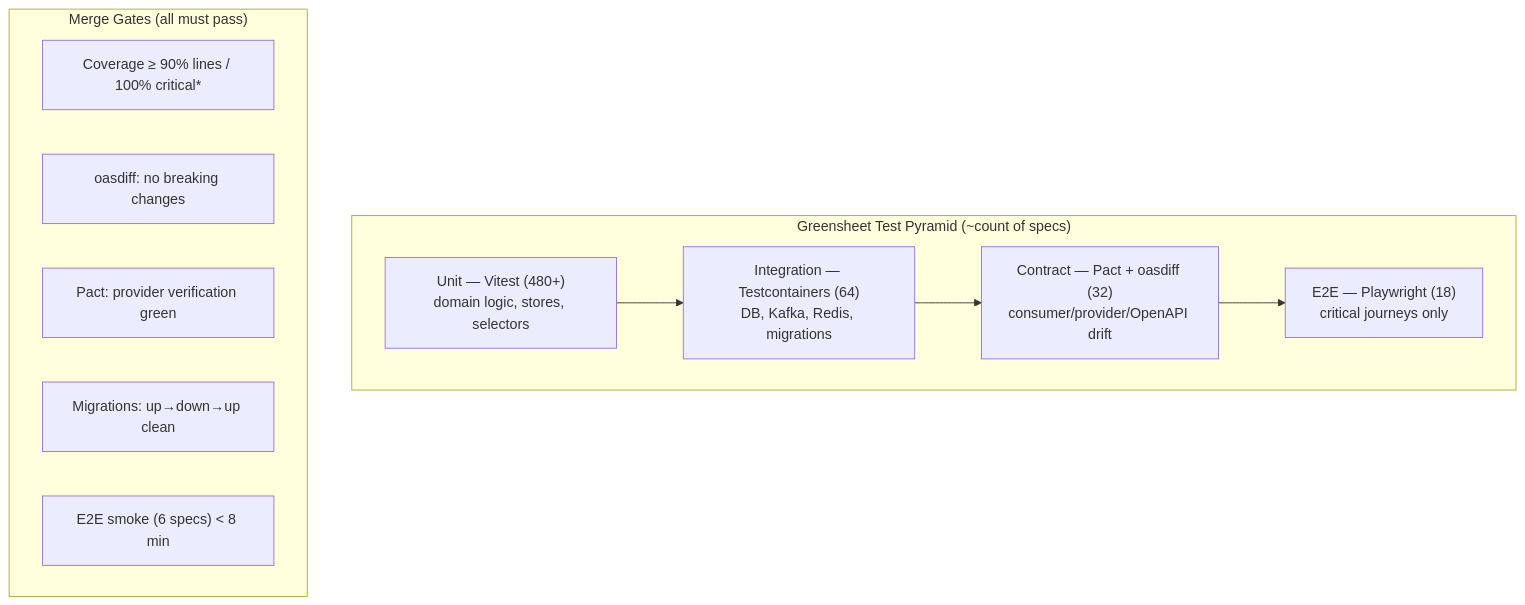
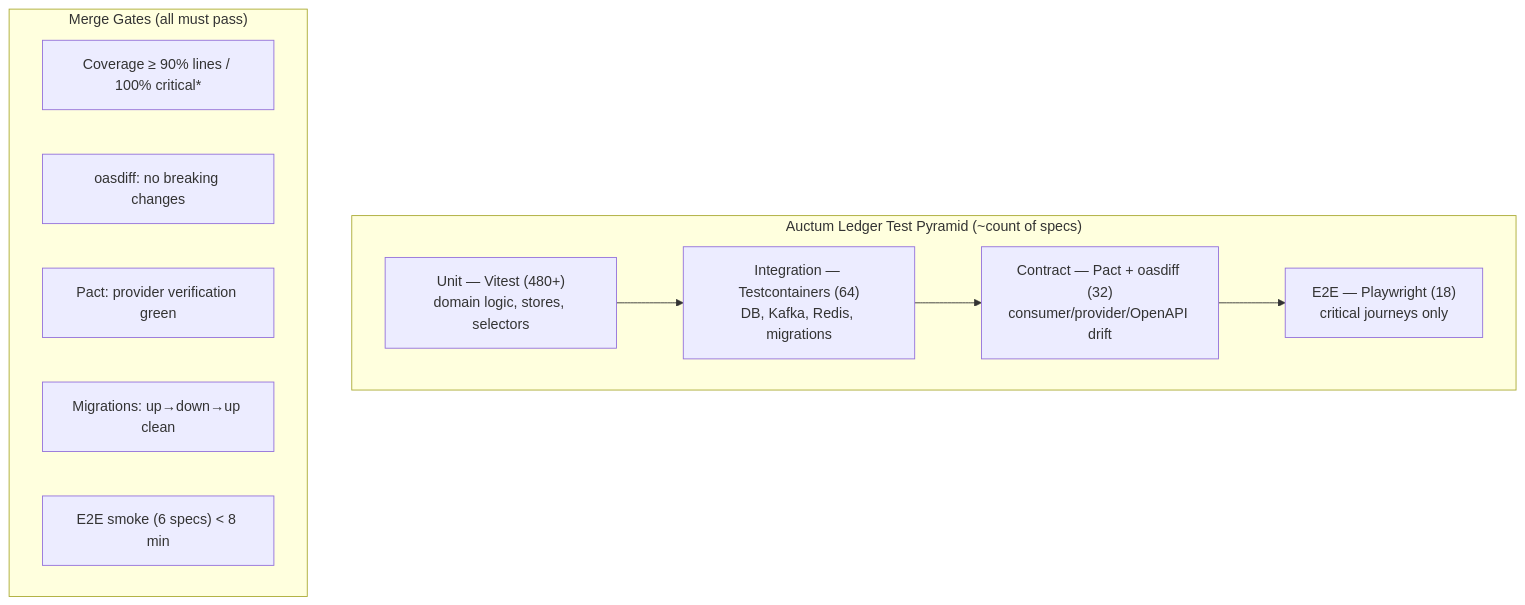
Before and after one commit to marcusdax/greensheet: the diagram in engineering/06-testing-chaos-ci.md, drawn with Mermaid. The commit also changed other lines of this file, not shown here.

Commit message:
rebrand: Auctum Ledger — testing/chaos/CI (engineering/06)

````diff
--- a/engineering/06-testing-chaos-ci.md
+++ b/engineering/06-testing-chaos-ci.md
@@ -10,18 +10,18 @@
 ```mermaid
 flowchart TB
-    subgraph Pyramid["Greensheet Test Pyramid (~count of specs)"]
+    subgraph Pyramid["Auctum Ledger Test Pyramid (~count of specs)"]
         E2E["E2E — Playwright (18)<br/>critical journeys only"]
         CT["Contract — Pact + oasdiff (32)<br/>consumer/provider/OpenAPI drift"]
         IT["Integration — Testcontainers (64)<br/>DB, Kafka, Redis, migrations"]
         UT["Unit — Vitest (480+)<br/>domain logic, stores, selectors"]
     end
     UT --> IT --> CT --> E2E
 
     subgraph Gates["Merge Gates (all must pass)"]
         G1["Coverage ≥ 90% lines / 100% critical*"]
         G2["oasdiff: no breaking changes"]
         G3["Pact: provider verification green"]
         G4["Migrations: up→down→up clean"]
         G5["E2E smoke (6 specs) < 8 min"]
     end
 ```
````
